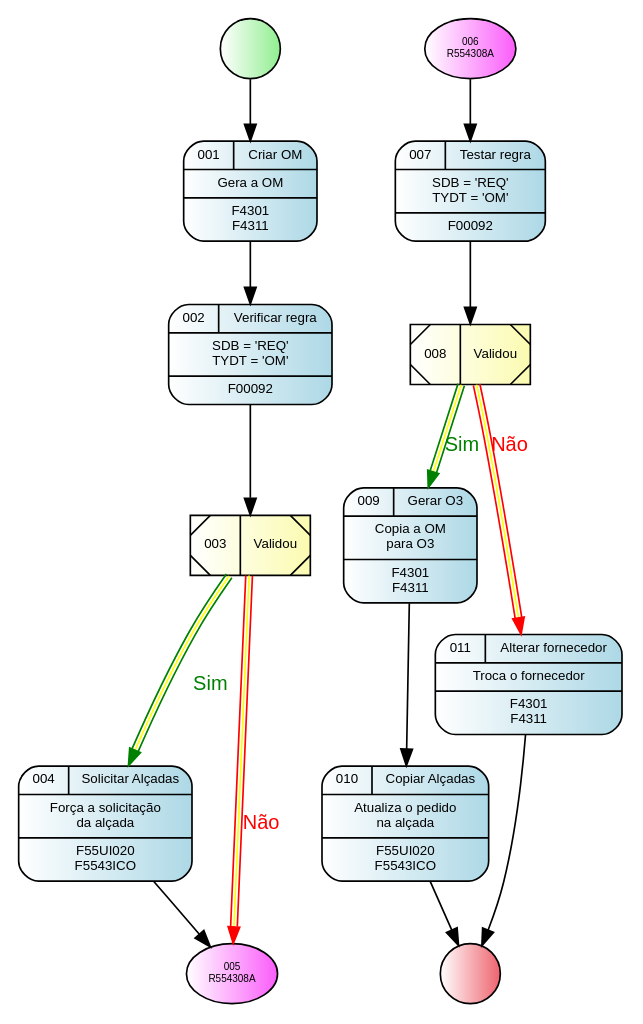
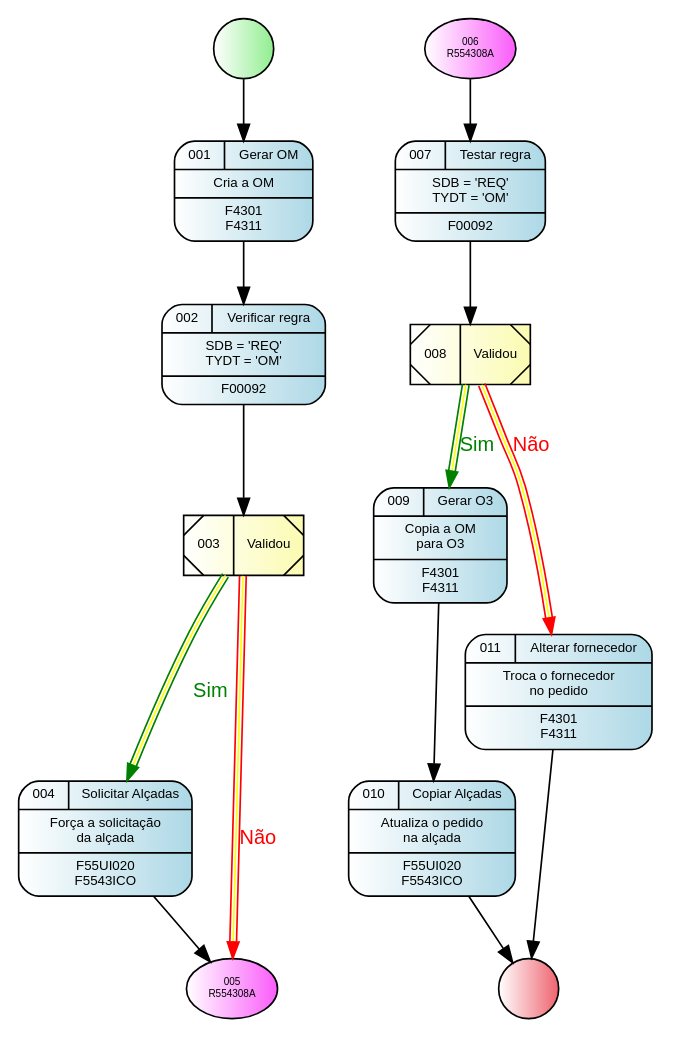
The diagram in OM Process.gv (GiovaniPM/Graphs), drawn with Graphviz before and after one commit.

Commit message:
Giovani_Mesquita(RBST10164) 200317165317

```diff
--- a/OM Process.gv
+++ b/OM Process.gv
@@ -1,115 +1,115 @@
 digraph R {
     nodeini [
                 shape=circle,
                 style="filled",
                 fillcolor="white:lightgreen",
                 label=""
             ]
     node001 [
                 fontname = "Arial",
                 fontsize = 8,
                 shape=record,
                 style="rounded,filled",
                 fillcolor="white:lightblue"
-                label="{{001|Criar OM}|Gera a OM|F4301\nF4311}}"
+                label="{{001|Gerar OM}|Cria a OM|F4301\nF4311}}"
             ]
     node002 [
                 fontname = "Arial",
                 fontsize = 8,
                 shape=record,
                 style="rounded,filled",
                 fillcolor="white:lightblue"
                 label="{{002|Verificar regra}|SDB = 'REQ'\nTYDT = 'OM'|F00092}}"
             ]
     node003 [
                 fontname = "Arial",
                 fontsize = 8,
                 shape=record,
                 style="diagonals,filled",
                 fillcolor="white:#fbfbb1"
                 label="003|Validou"
             ]
     node004 [
                 fontname = "Arial",
                 fontsize = 8,
                 shape=record,
                 style="rounded,filled",
                 fillcolor="white:lightblue"
                 label="{{004|Solicitar Alçadas}|Força a solicitação\nda alçada|F55UI020\nF5543ICO}}"
             ]
     node005 [
                 fontname = "Arial",
                 fontsize = 6,
                 shape=ellipse,
                 style="filled",
                 fillcolor="white:#fa5cfa",
                 label="005\nR554308A"
             ]
     node006 [
                 fontname = "Arial",
                 fontsize = 6,
                 shape=ellipse,
                 style="filled",
                 fillcolor="white:#fa5cfa",
                 label="006\nR554308A"
             ]
     node007 [
                 fontname = "Arial",
                 fontsize = 8,
                 shape=record,
                 style="rounded,filled",
                 fillcolor="white:lightblue"
                 label="{{007|Testar regra}|SDB = 'REQ'\nTYDT = 'OM'|F00092}}"
             ]
     node008 [
                 fontname = "Arial",
                 fontsize = 8,
                 shape=record,
                 style="diagonals,filled",
                 fillcolor="white:#fbfbb1"
                 label="008|Validou"
             ]
     node009 [
                 fontname = "Arial",
                 fontsize = 8,
                 shape=record,
                 style="rounded,filled",
                 fillcolor="white:lightblue"
                 label="{{009|Gerar O3}|Copia a OM\npara O3|F4301\nF4311}}"
             ]
     node010 [
                 fontname = "Arial",
                 fontsize = 8,
                 shape=record,
                 style="rounded,filled",
                 fillcolor="white:lightblue"
                 label="{{010|Copiar Alçadas}|Atualiza o pedido\nna alçada|F55UI020\nF5543ICO}}"
             ]
     node011 [
                 fontname = "Arial",
                 fontsize = 8,
                 shape=record,
                 style="rounded,filled",
                 fillcolor="white:lightblue"
-                label="{{011|Alterar fornecedor}|Troca o fornecedor|F4301\nF4311}}"
+                label="{{011|Alterar fornecedor}|Troca o fornecedor\nno pedido|F4301\nF4311}}"
             ]
     nodefin [
                 shape=circle,
                 style="filled",
                 fillcolor="white:#ee636e",
                 label=""
             ]
     nodeini -> node001
     node001 -> node002
     node002 -> node003
     node003 -> node004 [fontname = "Arial", fontsize = 12, fontcolor="green", color="green:yellow:green", label="Sim"]
     node003 -> node005 [fontname = "Arial", fontsize = 12, fontcolor="red", color="red:yellow:red", label="Não"]
     node004 -> node005
     node006 -> node007
     node007 -> node008
     node008 -> node009 [fontname = "Arial", fontsize = 12, fontcolor="green", color="green:yellow:green", label="Sim"]
     node009 -> node010
     node010 -> nodefin
     node008 -> node011 [fontname = "Arial", fontsize = 12, fontcolor="red", color="red:yellow:red", label="Não"]
     node011 -> nodefin
 }
```
